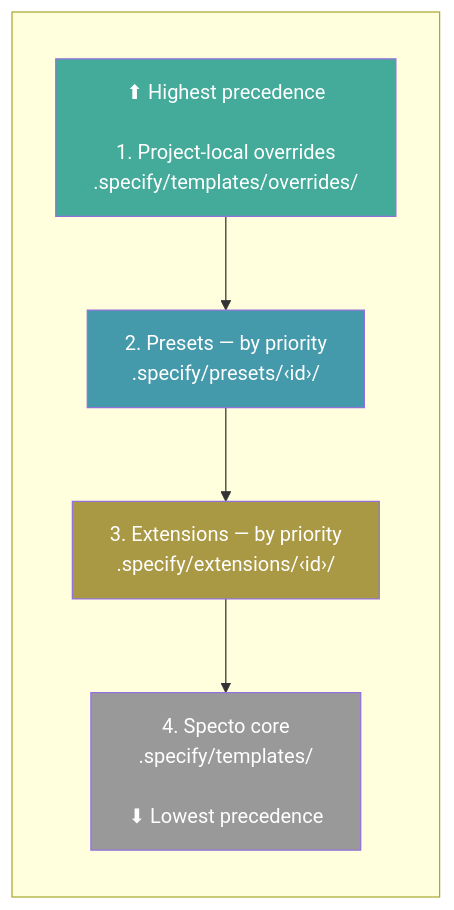
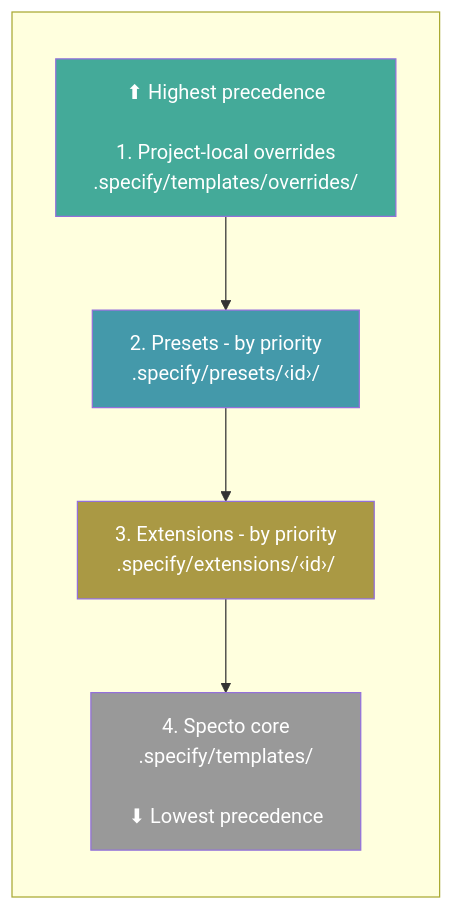
One commit to kplaushku/Test-automation-spec-to-code changed the first of 2 diagrams in docs/reference/presets.md. Above: the diagram before and after it, drawn with Mermaid. The commit also changed other lines of this file and 211 other files, not shown here.

````diff
--- a/docs/reference/presets.md
+++ b/docs/reference/presets.md
@@ -155,17 +155,17 @@
 ```mermaid
 flowchart TB
     subgraph stack [" "]
         direction TB
         A["⬆ Highest precedence<br/><br/>1. Project-local overrides<br/>.specify/templates/overrides/"]
-        B["2. Presets — by priority<br/>.specify/presets/‹id›/"]
-        C["3. Extensions — by priority<br/>.specify/extensions/‹id›/"]
+        B["2. Presets - by priority<br/>.specify/presets/‹id›/"]
+        C["3. Extensions - by priority<br/>.specify/extensions/‹id›/"]
         D["4. Specto core<br/>.specify/templates/<br/><br/>⬇ Lowest precedence"]
     end
 
     A --> B --> C --> D
 
     style A fill:#4a9,color:#fff
     style B fill:#49a,color:#fff
     style C fill:#a94,color:#fff
     style D fill:#999,color:#fff
 ```
````
